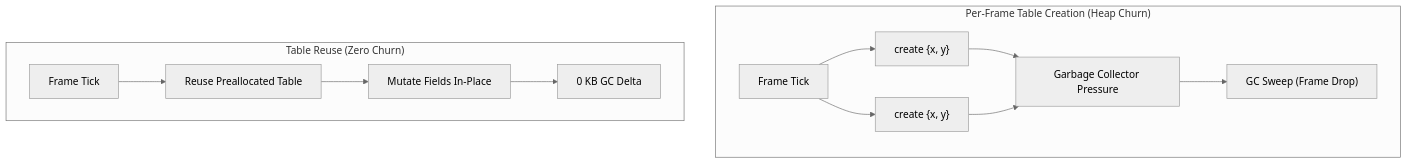
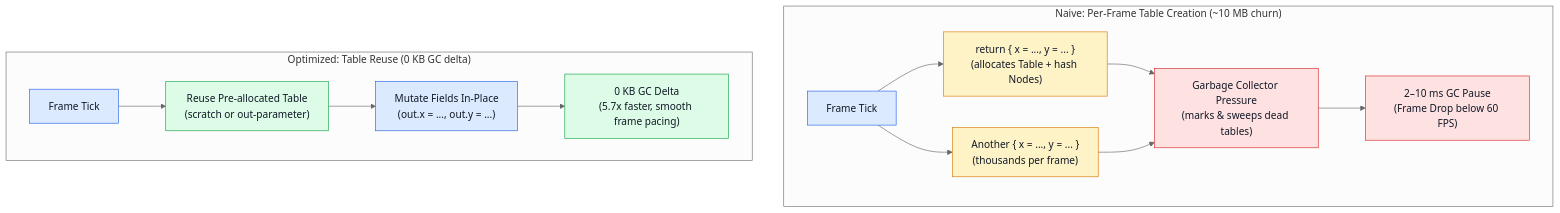
Before and after one commit to LevyArsOS/lua-lessons: the diagram in lessons/TableReuse/Tutorial/en.md, drawn with Mermaid (neutral theme). The commit also changed other lines of this file and 3 other files, not shown here.

First line of the commit message:
docs(tutorials): expand TableReuse and upgrade ObjectPooling diagrams

````diff
--- a/lessons/TableReuse/Tutorial/en.md
+++ b/lessons/TableReuse/Tutorial/en.md
@@ -31,16 +32,21 @@
 ```mermaid
 flowchart TD
-    subgraph NaivePattern["Per-Frame Table Creation (Heap Churn)"]
-        F["Frame Tick"] --> T1["create {x, y}"]
-        F --> T2["create {x, y}"]
-        T1 --> GC["Garbage Collector Pressure"]
+    classDef slow fill:#fee2e2,stroke:#dc2626,color:#111827
+    classDef fast fill:#dcfce7,stroke:#16a34a,color:#111827
+    classDef vm fill:#dbeafe,stroke:#2563eb,color:#111827
+    classDef warn fill:#fef3c7,stroke:#d97706,color:#111827
+
+    subgraph NaivePattern["Naive: Per-Frame Table Creation (~10 MB churn)"]
+        F["Frame Tick"]:::vm --> T1["return { x = ..., y = ... }<br/>(allocates Table + hash Nodes)"]:::warn
+        F --> T2["Another { x = ..., y = ... }<br/>(thousands per frame)"]:::warn
+        T1 --> GC["Garbage Collector Pressure<br/>(marks & sweeps dead tables)"]:::slow
         T2 --> GC
-        GC --> Pause["GC Sweep (Frame Drop)"]
+        GC --> Pause["2–10 ms GC Pause<br/>(Frame Drop below 60 FPS)"]:::slow
     end
 
-    subgraph OptimizedPattern["Table Reuse (Zero Churn)"]
-        F2["Frame Tick"] --> S["Reuse Preallocated Table"]
-        S --> Mut["Mutate Fields In-Place"]
-        Mut --> Steady["0 KB GC Delta"]
+    subgraph OptimizedPattern["Optimized: Table Reuse (0 KB GC delta)"]
+        F2["Frame Tick"]:::vm --> S["Reuse Pre-allocated Table<br/>(scratch or out-parameter)"]:::fast
+        S --> Mut["Mutate Fields In-Place<br/>(out.x = ..., out.y = ...)"]:::vm
+        Mut --> Steady["0 KB GC Delta<br/>(5.7x faster, smooth frame pacing)"]:::fast
     end
 ```
````
